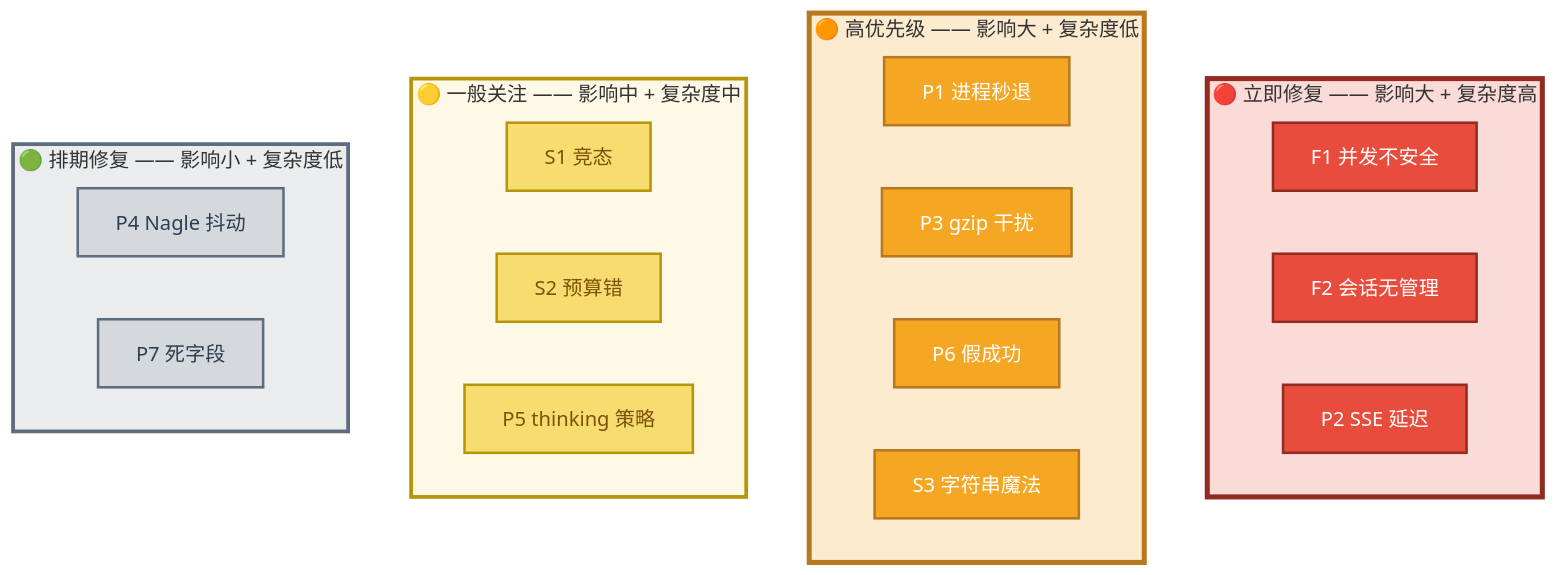
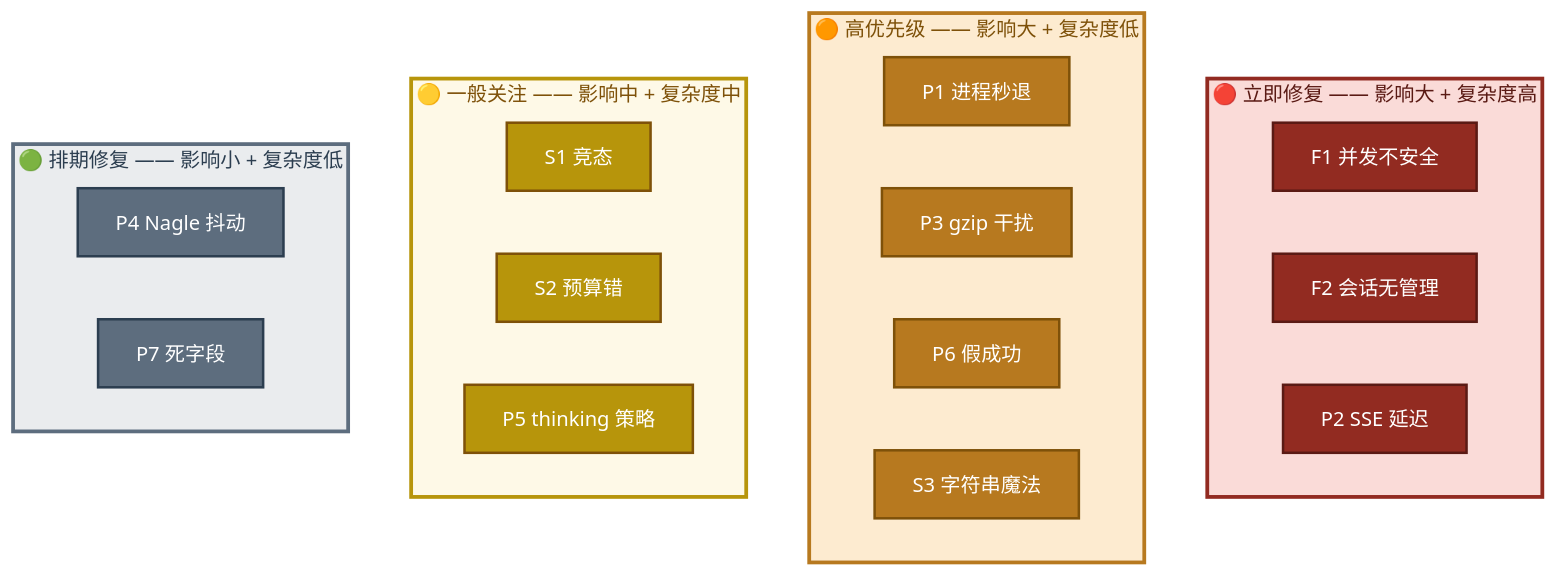
Diagram 22 of 39 in src/llm-service/LingoFuse_LLM_Service_Work_Summary.md (PassByYou888/LingoFuse-pasAgent), drawn with Mermaid before and after one commit. The commit also changed other lines of this file, not shown here.

````diff
--- a/src/llm-service/LingoFuse_LLM_Service_Work_Summary.md
+++ b/src/llm-service/LingoFuse_LLM_Service_Work_Summary.md
@@ -723,47 +704,47 @@
 ```mermaid
 flowchart TB
     subgraph Q1["🔴 立即修复 —— 影响大 + 复杂度高"]
         direction LR
         F1["F1 并发不安全"]
         F2["F2 会话无管理"]
         P2["P2 SSE 延迟"]
     end
 
     subgraph Q2["🟠 高优先级 —— 影响大 + 复杂度低"]
         direction LR
         P1["P1 进程秒退"]
         P3["P3 gzip 干扰"]
         P6["P6 假成功"]
         S3["S3 字符串魔法"]
     end
 
     subgraph Q3["🟡 一般关注 —— 影响中 + 复杂度中"]
         direction LR
         S1["S1 竞态"]
         S2["S2 预算错"]
         P5["P5 thinking 策略"]
     end
 
     subgraph Q4["🟢 排期修复 —— 影响小 + 复杂度低"]
         direction LR
         P4["P4 Nagle 抖动"]
         P7["P7 死字段"]
     end
 
-    style Q1 fill:#FADBD8,stroke:#922B21,stroke-width:4px
-    style Q2 fill:#FDEBD0,stroke:#B7791F,stroke-width:4px
-    style Q3 fill:#FEF9E7,stroke:#B7950B,stroke-width:3px
-    style Q4 fill:#EAECEE,stroke:#5D6D7E,stroke-width:3px
-    style F1 fill:#E74C3C,stroke:#922B21,stroke-width:2px,color:#FFFFFF
-    style F2 fill:#E74C3C,stroke:#922B21,stroke-width:2px,color:#FFFFFF
-    style P2 fill:#E74C3C,stroke:#922B21,stroke-width:2px,color:#FFFFFF
-    style P1 fill:#F5A623,stroke:#B7791F,stroke-width:2px,color:#FFFFFF
-    style P3 fill:#F5A623,stroke:#B7791F,stroke-width:2px,color:#FFFFFF
-    style P6 fill:#F5A623,stroke:#B7791F,stroke-width:2px,color:#FFFFFF
-    style S3 fill:#F5A623,stroke:#B7791F,stroke-width:2px,color:#FFFFFF
-    style S1 fill:#F7DC6F,stroke:#B7950B,stroke-width:2px,color:#7E5109
-    style S2 fill:#F7DC6F,stroke:#B7950B,stroke-width:2px,color:#7E5109
-    style P5 fill:#F7DC6F,stroke:#B7950B,stroke-width:2px,color:#7E5109
-    style P4 fill:#D5D8DC,stroke:#5D6D7E,stroke-width:2px,color:#2C3E50
-    style P7 fill:#D5D8DC,stroke:#5D6D7E,stroke-width:2px,color:#2C3E50
+    style Q1 fill:#FADBD8,stroke:#922B21,stroke-width:3px,color:#5A1A14
+    style Q2 fill:#FDEBD0,stroke:#B7791F,stroke-width:3px,color:#7E5109
+    style Q3 fill:#FEF9E7,stroke:#B7950B,stroke-width:3px,color:#7E5109
+    style Q4 fill:#EAECEE,stroke:#5D6D7E,stroke-width:3px,color:#2C3E50
+    style F1 fill:#922B21,stroke:#5A1A14,stroke-width:2px,color:#FFFFFF
+    style F2 fill:#922B21,stroke:#5A1A14,stroke-width:2px,color:#FFFFFF
+    style P2 fill:#922B21,stroke:#5A1A14,stroke-width:2px,color:#FFFFFF
+    style P1 fill:#B7791F,stroke:#7E5109,stroke-width:2px,color:#FFFFFF
+    style P3 fill:#B7791F,stroke:#7E5109,stroke-width:2px,color:#FFFFFF
+    style P6 fill:#B7791F,stroke:#7E5109,stroke-width:2px,color:#FFFFFF
+    style S3 fill:#B7791F,stroke:#7E5109,stroke-width:2px,color:#FFFFFF
+    style S1 fill:#B7950B,stroke:#7E5109,stroke-width:2px,color:#FFFFFF
+    style S2 fill:#B7950B,stroke:#7E5109,stroke-width:2px,color:#FFFFFF
+    style P5 fill:#B7950B,stroke:#7E5109,stroke-width:2px,color:#FFFFFF
+    style P4 fill:#5D6D7E,stroke:#2C3E50,stroke-width:2px,color:#FFFFFF
+    style P7 fill:#5D6D7E,stroke:#2C3E50,stroke-width:2px,color:#FFFFFF
 ```
````
